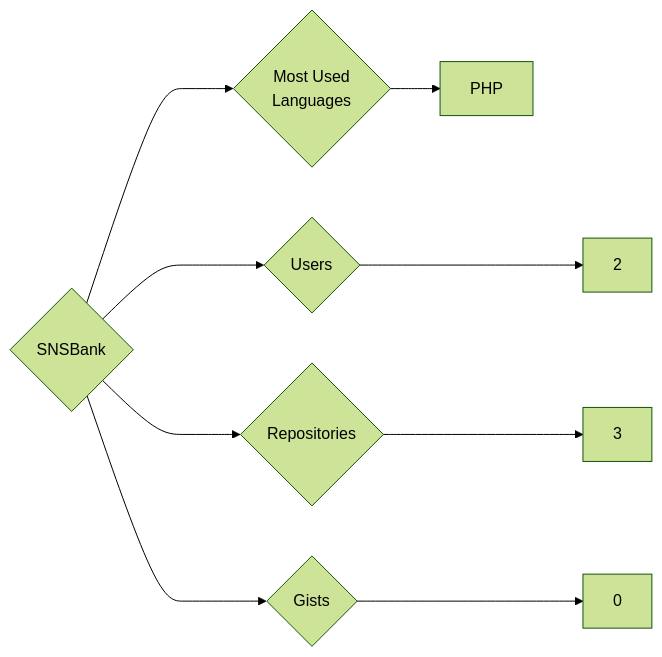
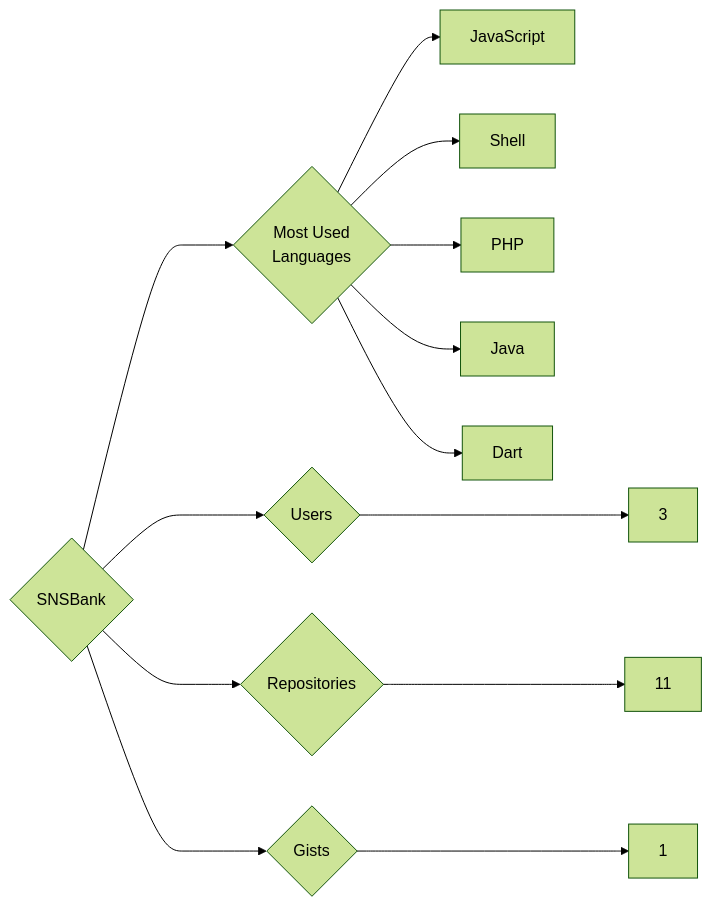
Before and after one commit to trickest/insiders: the diagram in targets/SNSBank/README.md, drawn with Mermaid (forest theme). The commit also changed 1508 other files, not shown here.

````diff
--- a/targets/SNSBank/README.md
+++ b/targets/SNSBank/README.md
@@ -3,9 +3,13 @@
 ```mermaid
 graph LR
 COMPANY_NAME{SNSBank}
-COMPANY_NAME ---> U{Users} ---> UN[2]
-COMPANY_NAME ---> R{Repositories} ---> RN[3]
-COMPANY_NAME ---> G{Gists} ---> GN[0]
+COMPANY_NAME ---> U{Users} ---> UN[3]
+COMPANY_NAME ---> R{Repositories} ---> RN[11]
+COMPANY_NAME ---> G{Gists} ---> GN[1]
 COMPANY_NAME ---> ML{Most Used<br>Languages}
+ML --> JavaScript[JavaScript]
+ML --> Shell[Shell]
 ML --> PHP[PHP]
+ML --> Java[Java]
+ML --> Dart[Dart]
 ```
````
